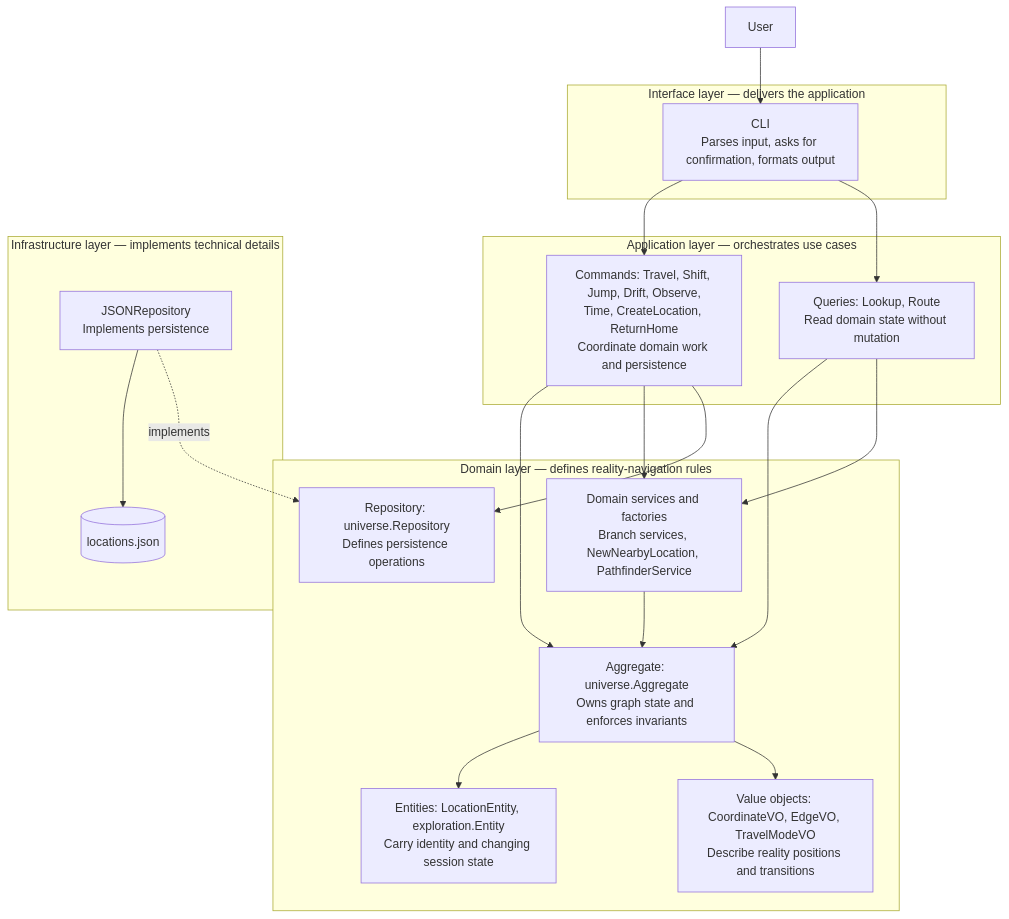
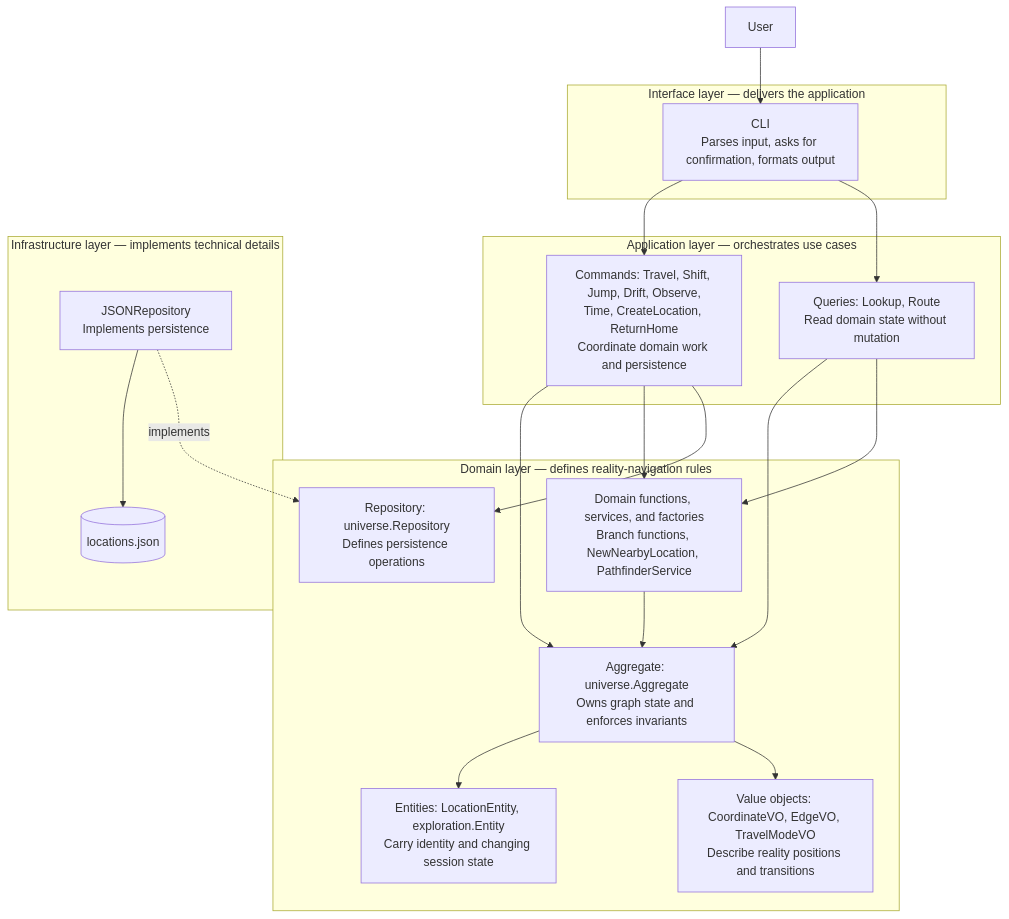
Before and after one commit to petherin/onto: the diagram in docs/DDD.md, drawn with Mermaid. The commit also changed other lines of this file and 17 other files, not shown here.

````diff
--- a/docs/DDD.md
+++ b/docs/DDD.md
@@ -31,38 +31,38 @@
 ```mermaid
 flowchart TB
     subgraph Domain["Domain layer — defines reality-navigation rules"]
         Aggregate["Aggregate: universe.Aggregate<br/>Owns graph state and enforces invariants"]
         Entities["Entities: LocationEntity, exploration.Entity<br/>Carry identity and changing session state"]
         Values["Value objects: CoordinateVO, EdgeVO, TravelModeVO<br/>Describe reality positions and transitions"]
-        Services["Domain services and factories<br/>Branch services, NewNearbyLocation, PathfinderService"]
+        Services["Domain functions, services, and factories<br/>Branch functions, NewNearbyLocation, PathfinderService"]
         Repository["Repository: universe.Repository<br/>Defines persistence operations"]
         Aggregate --> Entities
         Aggregate --> Values
         Services --> Aggregate
     end
 
     subgraph Application["Application layer — orchestrates use cases"]
         Commands["Commands: Travel, Shift, Jump, Drift, Observe,<br/>Time, CreateLocation, ReturnHome<br/>Coordinate domain work and persistence"]
         Queries["Queries: Lookup, Route<br/>Read domain state without mutation"]
     end
 
     subgraph Interface["Interface layer — delivers the application"]
         CLI["CLI<br/>Parses input, asks for confirmation, formats output"]
     end
 
     subgraph Infrastructure["Infrastructure layer — implements technical details"]
         JSON["JSONRepository<br/>Implements persistence"]
         Data[(locations.json)]
         JSON --> Data
     end
 
     User[User] --> CLI
     CLI --> Commands
     CLI --> Queries
     Commands --> Aggregate
     Commands --> Services
     Commands --> Repository
     Queries --> Aggregate
     Queries --> Services
     JSON -. implements .-> Repository
 ```
````
